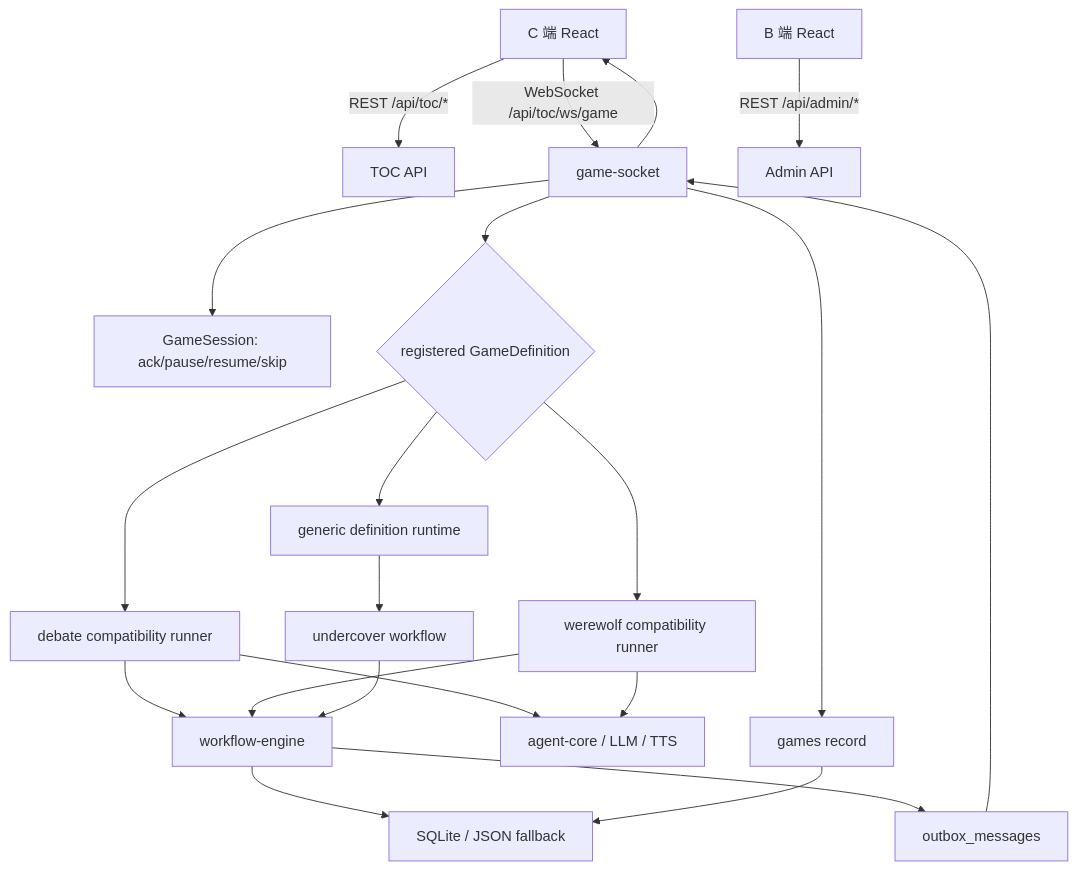
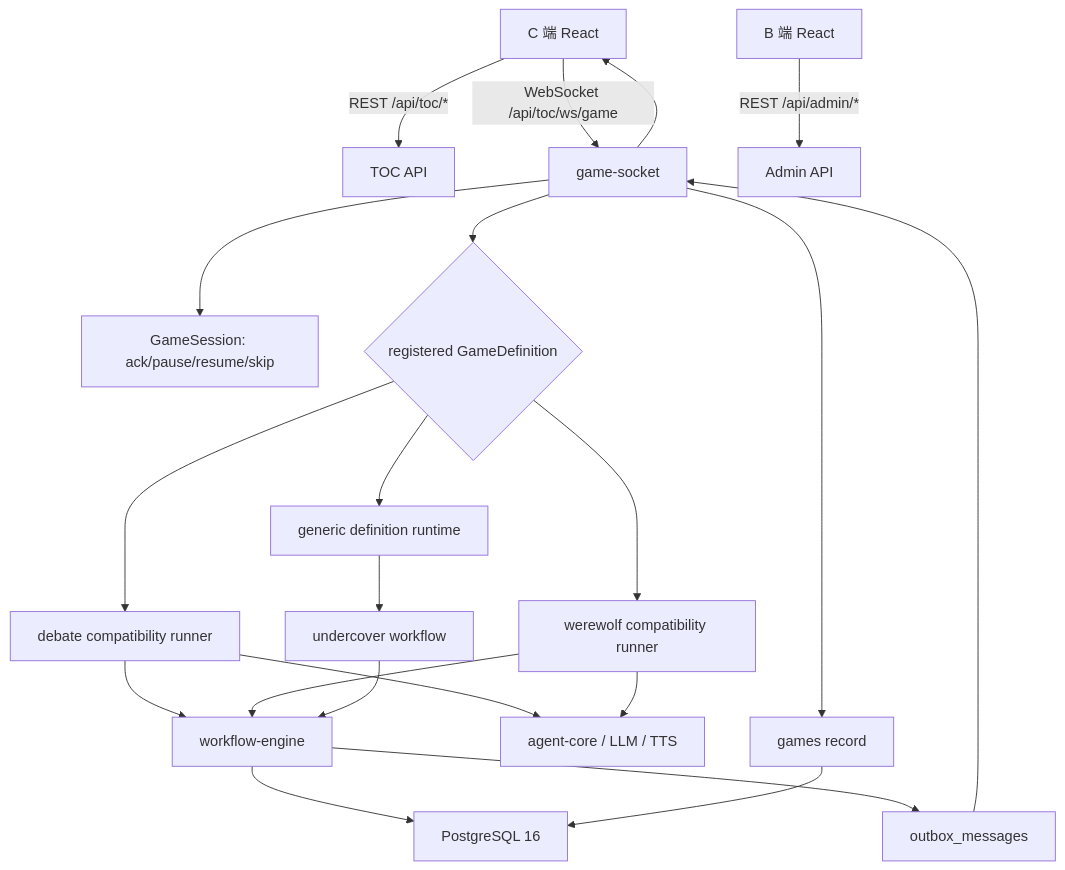
Before and after one commit to iifor/ai-board-games: the diagram in docs/project-summary.md, drawn with Mermaid. The commit also changed other lines of this file and 9 other files, not shown here.

Commit message:
docs: add PostgreSQL production runbooks

````diff
--- a/docs/project-summary.md
+++ b/docs/project-summary.md
@@ -78,23 +84,23 @@
 ```mermaid
 flowchart TD
   Client["C 端 React"] -->|REST /api/toc/*| TocApi["TOC API"]
   Client -->|WebSocket /api/toc/ws/game| Socket["game-socket"]
   Admin["B 端 React"] -->|REST /api/admin/*| AdminApi["Admin API"]
   Socket --> Session["GameSession: ack/pause/resume/skip"]
   Socket --> Resolver{"registered GameDefinition"}
   Resolver --> Debate["debate compatibility runner"]
   Resolver --> Werewolf["werewolf compatibility runner"]
   Resolver --> Runtime["generic definition runtime"]
   Runtime --> Undercover["undercover workflow"]
   Debate --> Engine["workflow-engine"]
   Werewolf --> Engine
   Undercover --> Engine
-  Engine --> Db["SQLite / JSON fallback"]
+  Engine --> Db["PostgreSQL 16"]
   Engine --> Outbox["outbox_messages"]
   Outbox --> Socket
   Socket --> Client
   Debate --> Agent["agent-core / LLM / TTS"]
   Werewolf --> Agent
   Socket --> Games["games record"]
   Games --> Db
 ```
````
